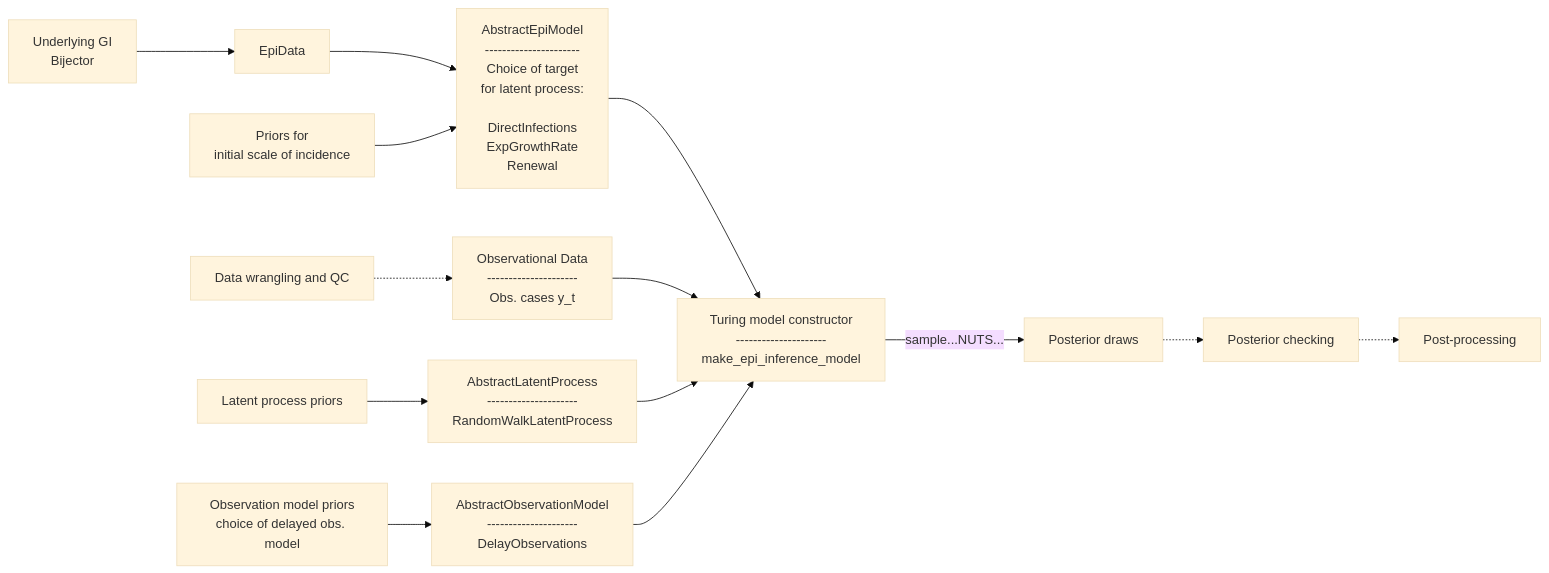
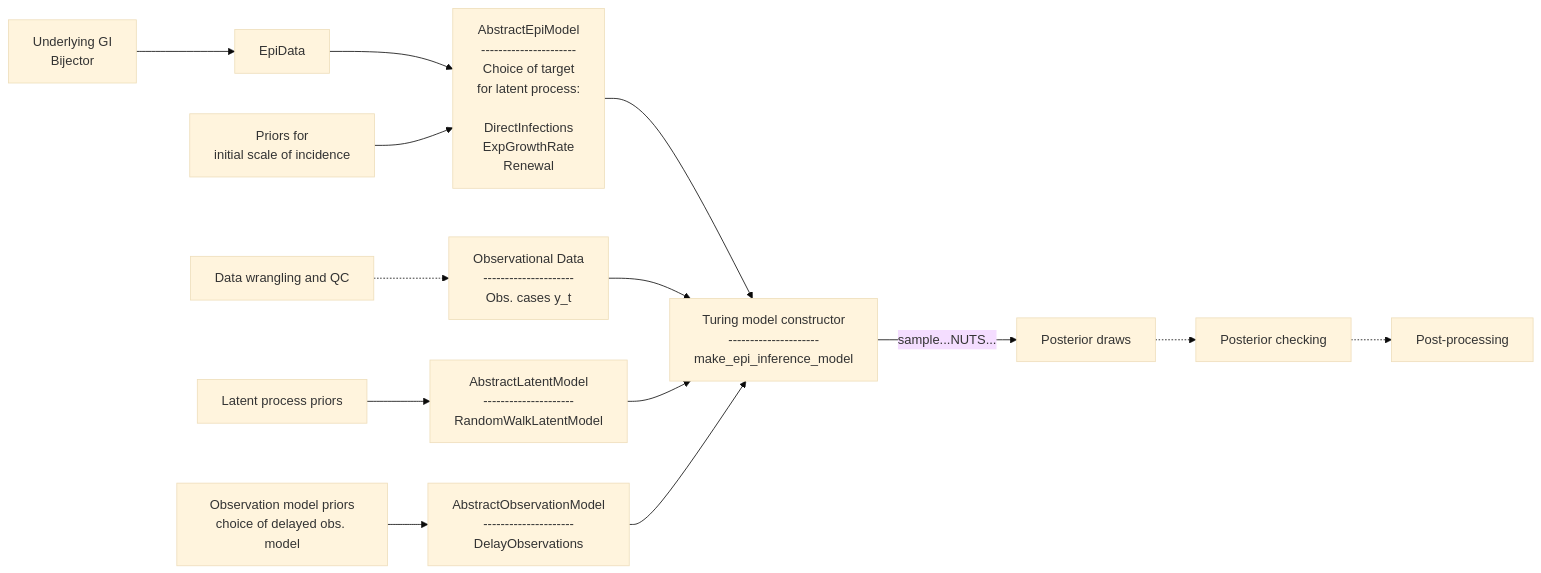
The diagram in EpiAware/README.md (CDCgov/Rt-without-renewal), drawn with Mermaid (base theme) before and after one commit. The commit also changed 5 other files, not shown here.

Commit message:
rename all latent_process and LatentProcess usages to use model

````diff
--- a/EpiAware/README.md
+++ b/EpiAware/README.md
@@ -13,64 +13,64 @@
 ```mermaid
 flowchart LR
 
 A["Underlying GI
 Bijector"]
 
 EpiModel["AbstractEpiModel
 ----------------------
 Choice of target
 for latent process:
 
 DirectInfections
     ExpGrowthRate
     Renewal"]
 
 InitModel["Priors for
 initial scale of incidence"]
 
 DataW[Data wrangling and QC]
 
 
 ObsData["Observational Data
 ---------------------
 Obs. cases y_t"]
 
 LatentProcPriors["Latent process priors"]
 
-LatentProc["AbstractLatentProcess
+LatentProc["AbstractLatentModel
 ---------------------
-RandomWalkLatentProcess"]
+RandomWalkLatentModel"]
 
 ObsModelPriors["Observation model priors
 choice of delayed obs. model"]
 
 ObsModel["AbstractObservationModel
 ---------------------
 DelayObservations"]
 
 E["Turing model constructor
 ---------------------
 make_epi_inference_model"]
 
 G[Posterior draws]
 H[Posterior checking]
 I[Post-processing]
 
 
 
 A --> EpiData
 EpiData --> EpiModel
 InitModel --> EpiModel
 EpiModel -->E
 ObsData-->E
 DataW-.->ObsData
 LatentProcPriors-->LatentProc
 LatentProc-->E
 ObsModelPriors-->ObsModel
 ObsModel-->E
 
 
 E-->|sample...NUTS...| G
 G-.->H
 H-.->I
 ```
````
